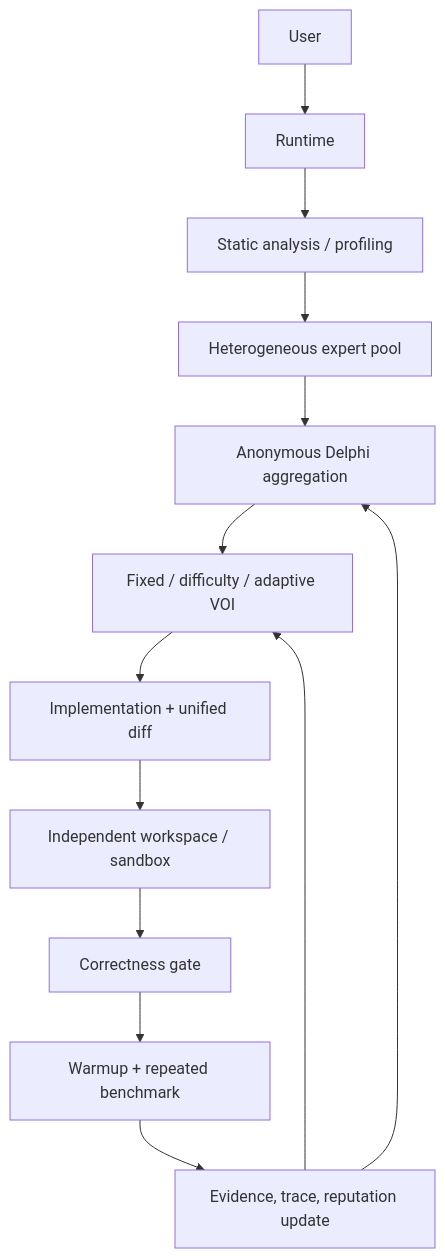
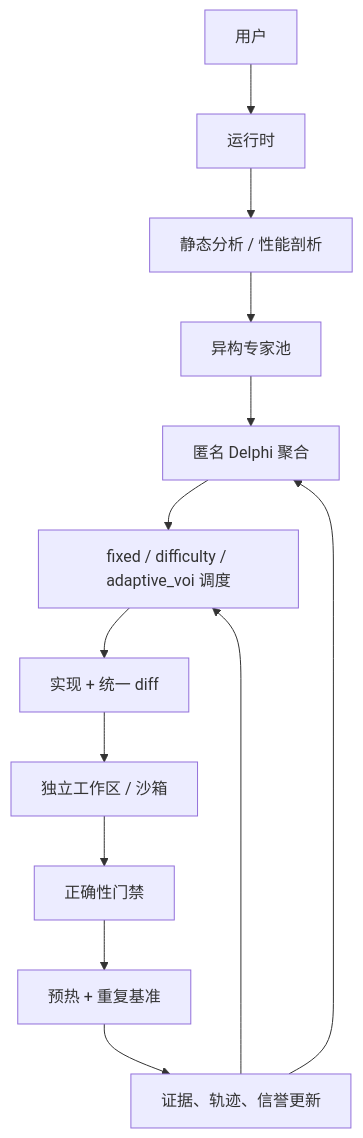
Before and after one commit to mmrgr/DelphiOpt: the diagram in README.md, drawn with Mermaid. The commit also changed other lines of this file, not shown here.

````diff
--- a/README.md
+++ b/README.md
@@ -15,15 +17,15 @@
 ```mermaid
 flowchart TD
-  User --> Runtime
-  Runtime --> Profiler[Static analysis / profiling]
-  Profiler --> Experts[Heterogeneous expert pool]
-  Experts --> Delphi[Anonymous Delphi aggregation]
-  Delphi --> Scheduler[Fixed / difficulty / adaptive VOI]
-  Scheduler --> Implementer[Implementation + unified diff]
-  Implementer --> Sandbox[Independent workspace / sandbox]
-  Sandbox --> Tests[Correctness gate]
-  Tests --> Benchmark[Warmup + repeated benchmark]
-  Benchmark --> Evidence[Evidence, trace, reputation update]
+  User[用户] --> Runtime[运行时]
+  Runtime --> Profiler[静态分析 / 性能剖析]
+  Profiler --> Experts[异构专家池]
+  Experts --> Delphi[匿名 Delphi 聚合]
+  Delphi --> Scheduler[fixed / difficulty / adaptive_voi 调度]
+  Scheduler --> Implementer[实现 + 统一 diff]
+  Implementer --> Sandbox[独立工作区 / 沙箱]
+  Sandbox --> Tests[正确性门禁]
+  Tests --> Benchmark[预热 + 重复基准]
+  Benchmark --> Evidence[证据、轨迹、信誉更新]
   Evidence --> Delphi
   Evidence --> Scheduler
 ```
````
